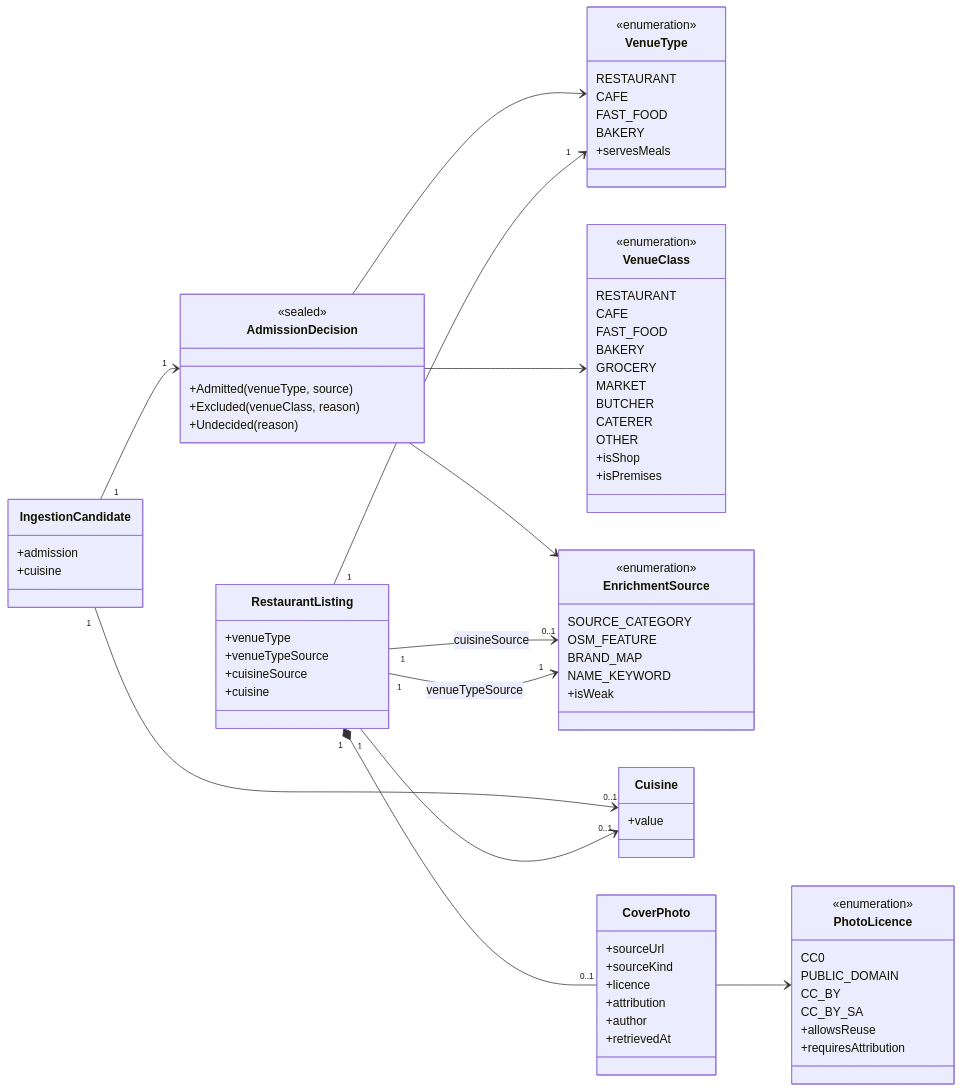
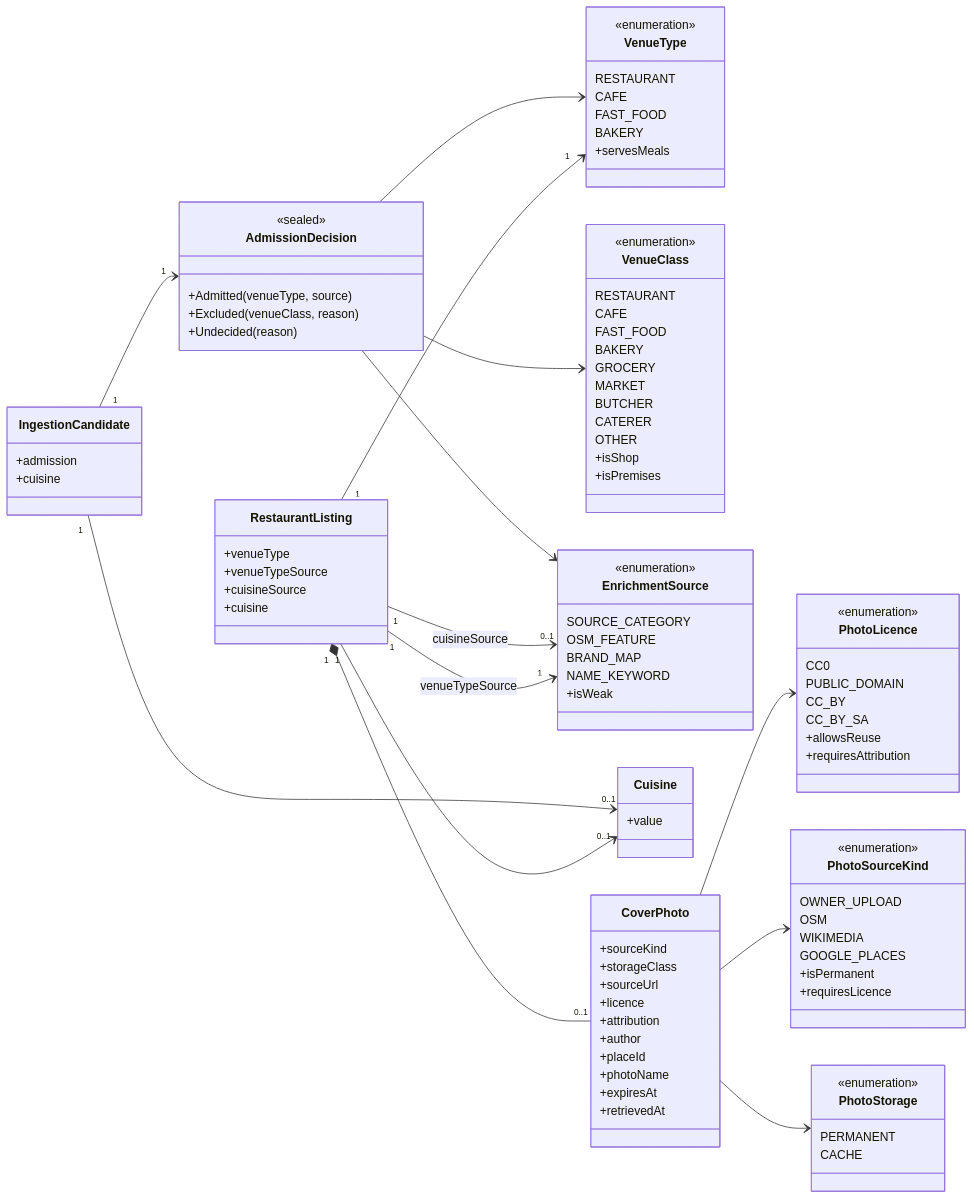
The diagram in docs/features/SC-231/01-domain-model.md (Losers-Lab/tahirs-list), drawn with Mermaid before and after one commit. The commit also changed other lines of this file and 11 other files, not shown here.

Commit message:
[SC-231] Add Places cache and owner photos

```diff
--- a/docs/features/SC-231/01-domain-model.md
+++ b/docs/features/SC-231/01-domain-model.md
@@ -53,12 +53,30 @@
     +value
   }
   class CoverPhoto {
+    +sourceKind
+    +storageClass
     +sourceUrl
-    +sourceKind
     +licence
     +attribution
     +author
+    +placeId
+    +photoName
+    +expiresAt
     +retrievedAt
+  }
+  class PhotoSourceKind {
+    <<enumeration>>
+    OWNER_UPLOAD
+    OSM
+    WIKIMEDIA
+    GOOGLE_PLACES
+    +isPermanent
+    +requiresLicence
+  }
+  class PhotoStorage {
+    <<enumeration>>
+    PERMANENT
+    CACHE
   }
   class PhotoLicence {
     <<enumeration>>
@@ -80,6 +98,8 @@
   RestaurantListing "1" --> "0..1" EnrichmentSource : cuisineSource
   RestaurantListing "1" *-- "0..1" CoverPhoto
   CoverPhoto --> PhotoLicence
+  CoverPhoto --> PhotoSourceKind
+  CoverPhoto --> PhotoStorage
   IngestionCandidate "1" --> "1" AdmissionDecision
   AdmissionDecision --> VenueType
   AdmissionDecision --> VenueClass
```
